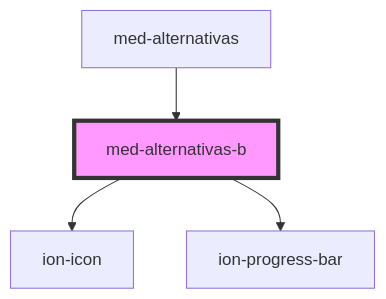
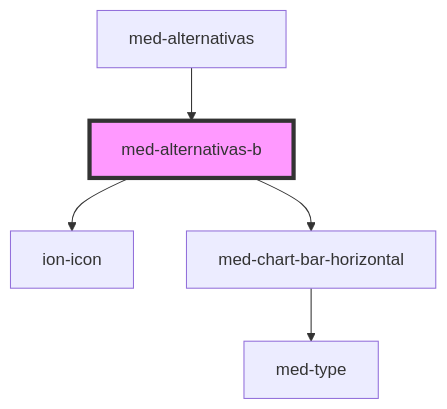
Before and after one commit to MEDGRUPOGIT/ionic-framework-1: the diagram in core/src/components/@medgrupo/team/questoes/med-alternativas-b/readme.md, drawn with Mermaid. The commit also changed other lines of this file and 291 other files, not shown here.

````diff
--- a/core/src/components/@medgrupo/team/questoes/med-alternativas-b/readme.md
+++ b/core/src/components/@medgrupo/team/questoes/med-alternativas-b/readme.md
@@ -48,7 +48,8 @@
 ```mermaid
 graph TD;
   med-alternativas-b --> ion-icon
-  med-alternativas-b --> ion-progress-bar
+  med-alternativas-b --> med-chart-bar-horizontal
+  med-chart-bar-horizontal --> med-type
   med-alternativas --> med-alternativas-b
   style med-alternativas-b fill:#f9f,stroke:#333,stroke-width:4px
 ```
````
